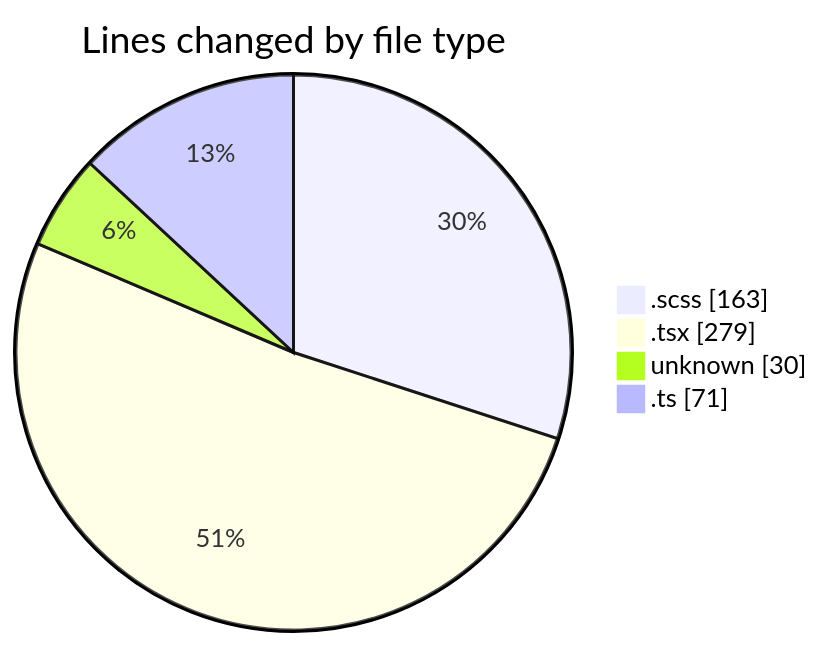
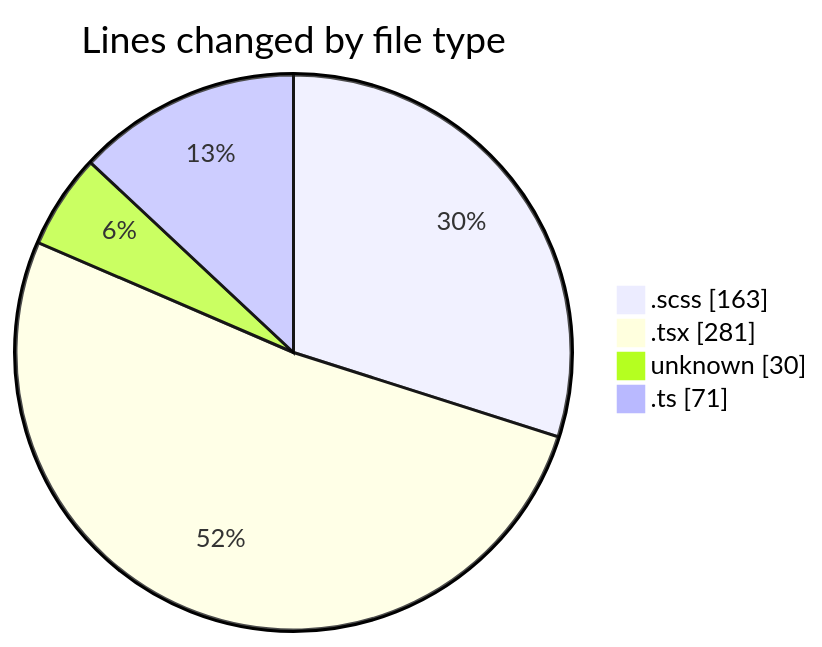
One commit to momahboobian/code-tracking changed the first of 2 diagrams in 2025-03-05/cda/README.md. Above: the diagram before and after it, drawn with Mermaid. The commit also changed other lines of this file and 1 other file, not shown here.

````diff
--- a/2025-03-05/cda/README.md
+++ b/2025-03-05/cda/README.md
@@ -27,8 +27,8 @@
 ```mermaid
 pie showData
 title Lines changed by file type
 ".scss" : 163
-".tsx" : 279
+".tsx" : 281
 "unknown" : 30
 ".ts" : 71
 ```
````
